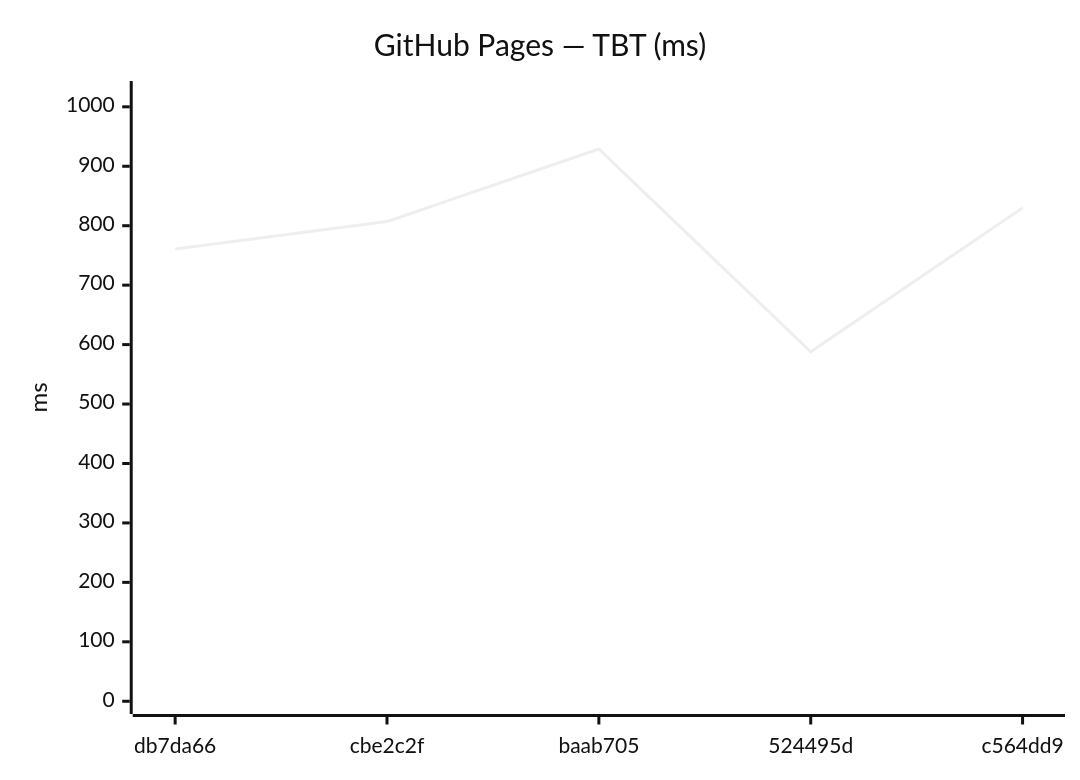
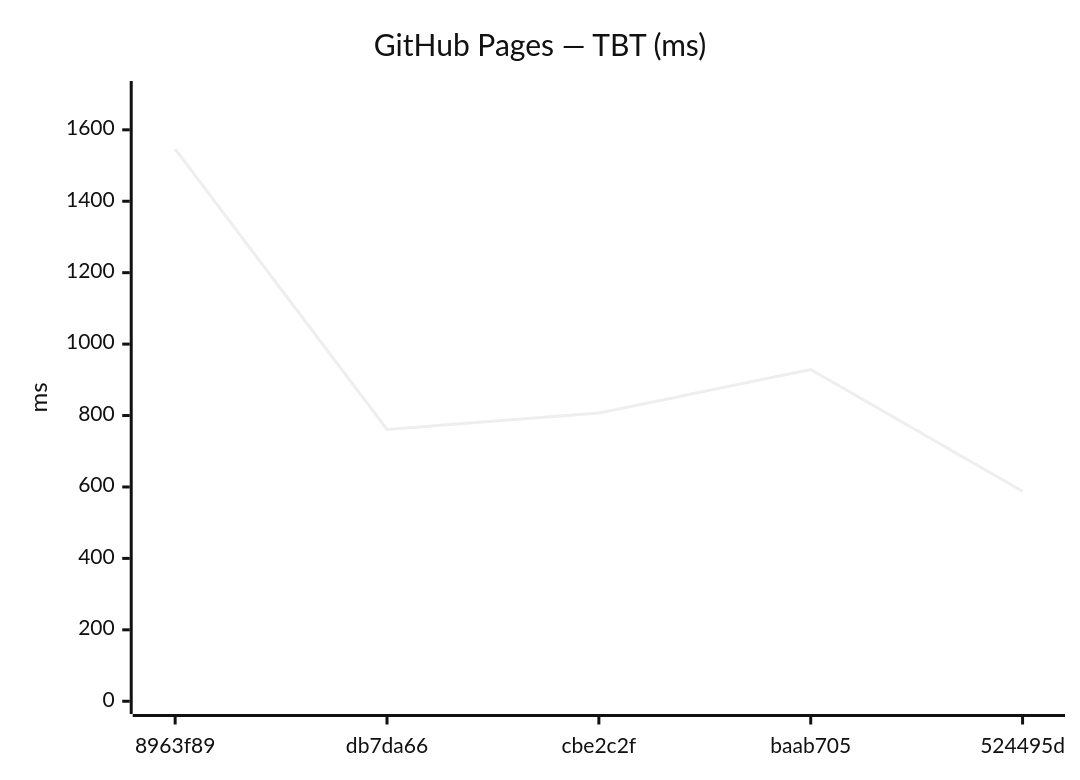
Before and after one commit to Metaheurist/Rianell: the eighth of 12 diagrams in benchmarks/compare.md, drawn with Mermaid (neutral theme). The commit also changed other lines of this file and 8 other files, not shown here.

````diff
--- a/benchmarks/compare.md
+++ b/benchmarks/compare.md
@@ -114,7 +114,7 @@
 ```mermaid
 xychart-beta
     title "GitHub Pages — TBT (ms)"
-    x-axis ["db7da66", "cbe2c2f", "baab705", "524495d", "c564dd9"]
-    y-axis "ms" 0 --> 1022
-    line [761, 807, 929, 588, 830]
+    x-axis ["8963f89", "db7da66", "cbe2c2f", "baab705", "524495d"]
+    y-axis "ms" 0 --> 1701
+    line [1546, 761, 807, 929, 588]
 ```
````
